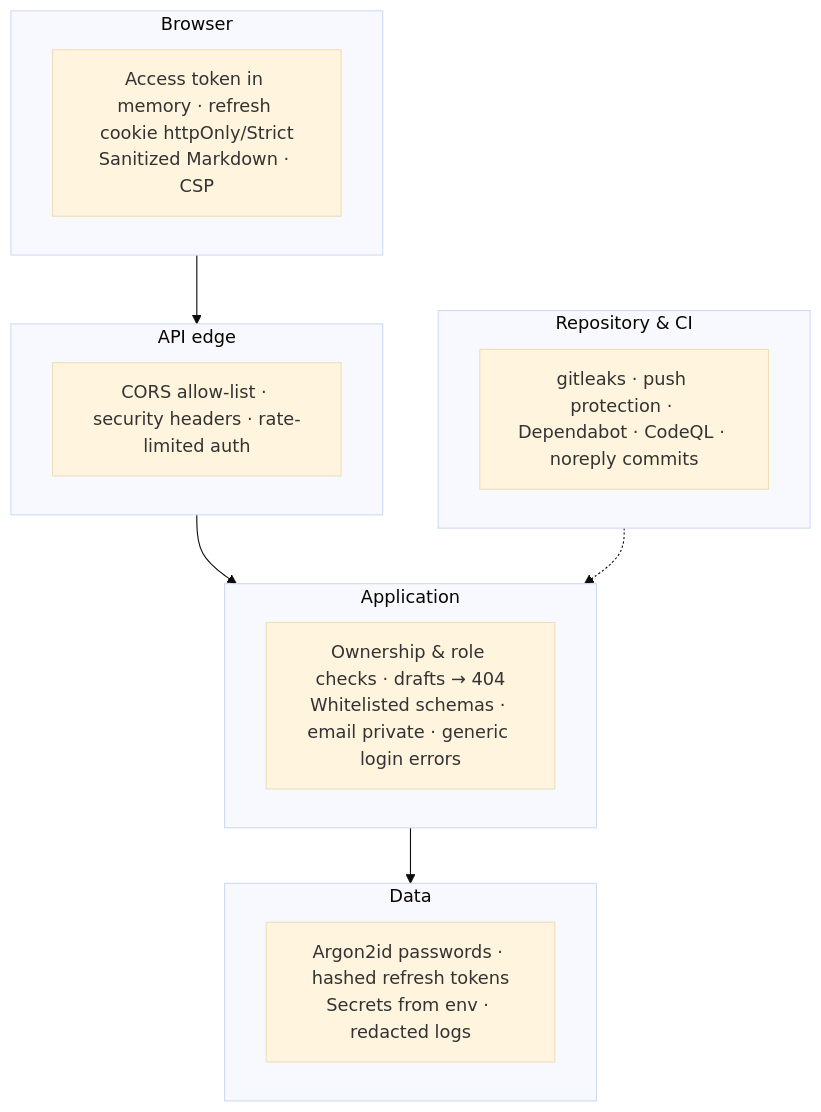
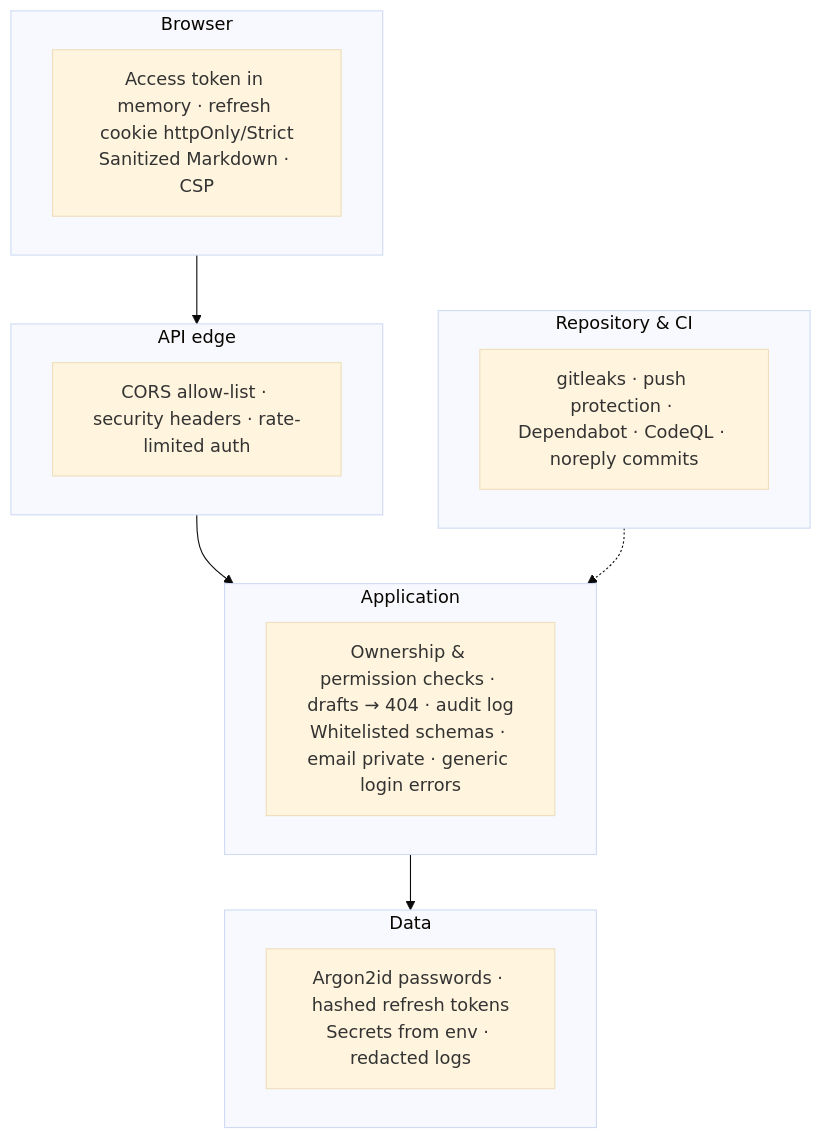
Diagram 17 of 18 in docs/architecture.md (mr-laboratory/nebula), drawn with Mermaid (base theme) before and after one commit. The commit also changed other lines of this file and 4 other files, not shown here.

Commit message:
docs: roles, admin API and audit log

````diff
--- a/docs/architecture.md
+++ b/docs/architecture.md
@@ -255,20 +298,20 @@
 ```mermaid
 flowchart TB
     subgraph Browser
         B1["Access token in memory · refresh cookie httpOnly/Strict<br/>Sanitized Markdown · CSP"]
     end
     subgraph Edge["API edge"]
         B2["CORS allow-list · security headers · rate-limited auth"]
     end
     subgraph App["Application"]
-        B3["Ownership & role checks · drafts → 404<br/>Whitelisted schemas · email private · generic login errors"]
+        B3["Ownership & permission checks · drafts → 404 · audit log<br/>Whitelisted schemas · email private · generic login errors"]
     end
     subgraph Data
         B4["Argon2id passwords · hashed refresh tokens<br/>Secrets from env · redacted logs"]
     end
     subgraph Repo["Repository & CI"]
         B5["gitleaks · push protection · Dependabot · CodeQL · noreply commits"]
     end
     Browser --> Edge --> App --> Data
     Repo -.-> App
 ```
````
